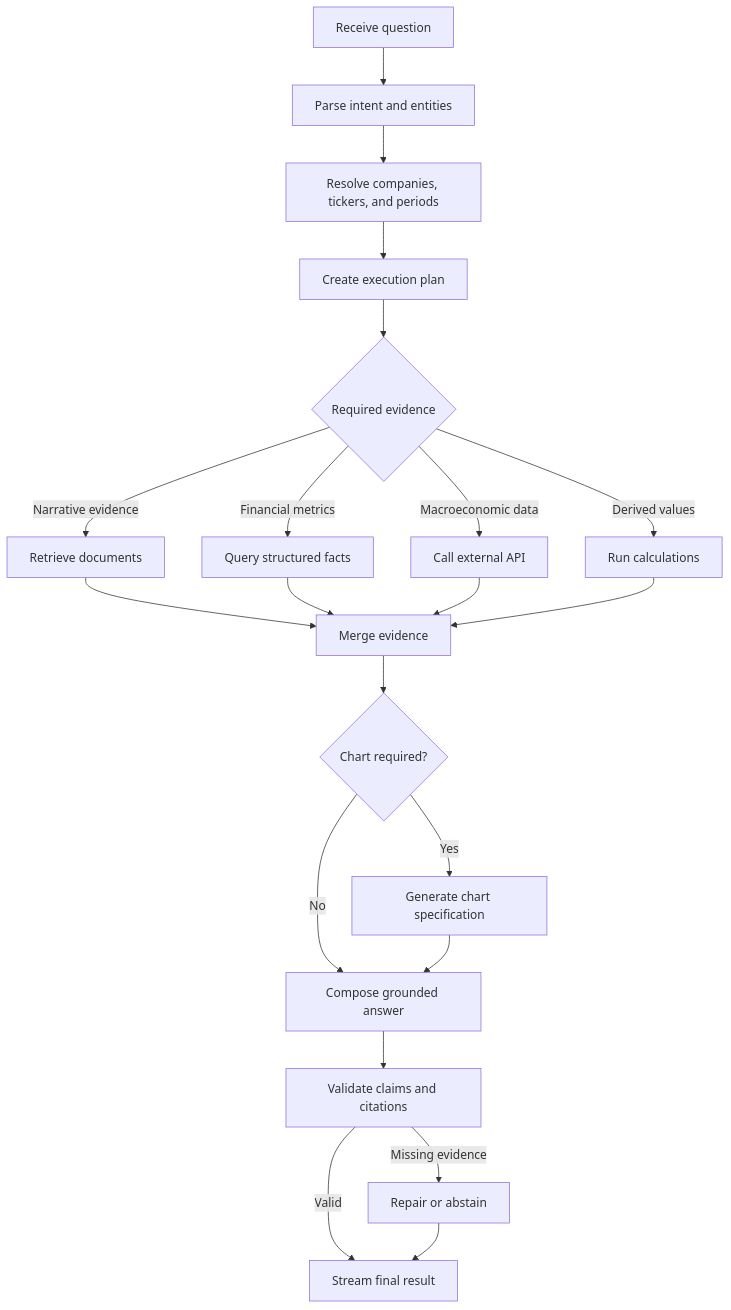
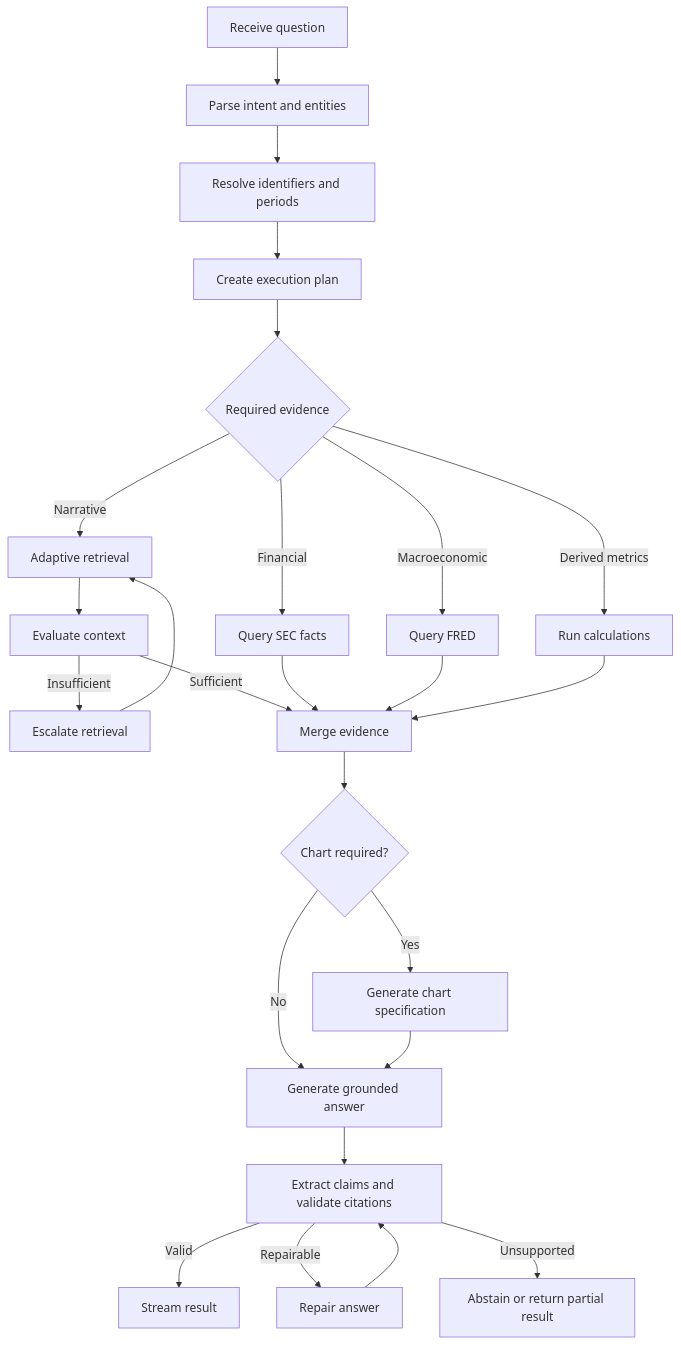
The third of 5 diagrams in README.md (zvadym/company-lens), drawn with Mermaid before and after one commit. The commit also changed other lines of this file, not shown here.

````diff
--- a/README.md
+++ b/README.md
@@ -184,28 +327,31 @@
 ```mermaid
 flowchart TD
     A[Receive question] --> B[Parse intent and entities]
-    B --> C[Resolve companies, tickers, and periods]
+    B --> C[Resolve identifiers and periods]
     C --> D[Create execution plan]
 
     D --> E{Required evidence}
+    E -->|Narrative| F[Adaptive retrieval]
+    E -->|Financial| G[Query SEC facts]
+    E -->|Macroeconomic| H[Query FRED]
+    E -->|Derived metrics| I[Run calculations]
 
-    E -->|Narrative evidence| F[Retrieve documents]
-    E -->|Financial metrics| G[Query structured facts]
-    E -->|Macroeconomic data| H[Call external API]
-    E -->|Derived values| I[Run calculations]
+    F --> J[Evaluate context]
+    J -->|Insufficient| K[Escalate retrieval]
+    K --> F
+    J -->|Sufficient| L[Merge evidence]
+    G --> L
+    H --> L
+    I --> L
 
-    F --> J[Merge evidence]
-    G --> J
-    H --> J
-    I --> J
+    L --> M{Chart required?}
+    M -->|Yes| N[Generate chart specification]
+    M -->|No| O[Generate grounded answer]
+    N --> O
 
-    J --> K{Chart required?}
-    K -->|Yes| L[Generate chart specification]
-    K -->|No| M[Compose grounded answer]
-    L --> M
-
-    M --> N[Validate claims and citations]
-    N -->|Valid| O[Stream final result]
-    N -->|Missing evidence| P[Repair or abstain]
-    P --> O
+    O --> P[Extract claims and validate citations]
+    P -->|Valid| Q[Stream result]
+    P -->|Repairable| R[Repair answer]
+    P -->|Unsupported| S[Abstain or return partial result]
+    R --> P
 ```
````
